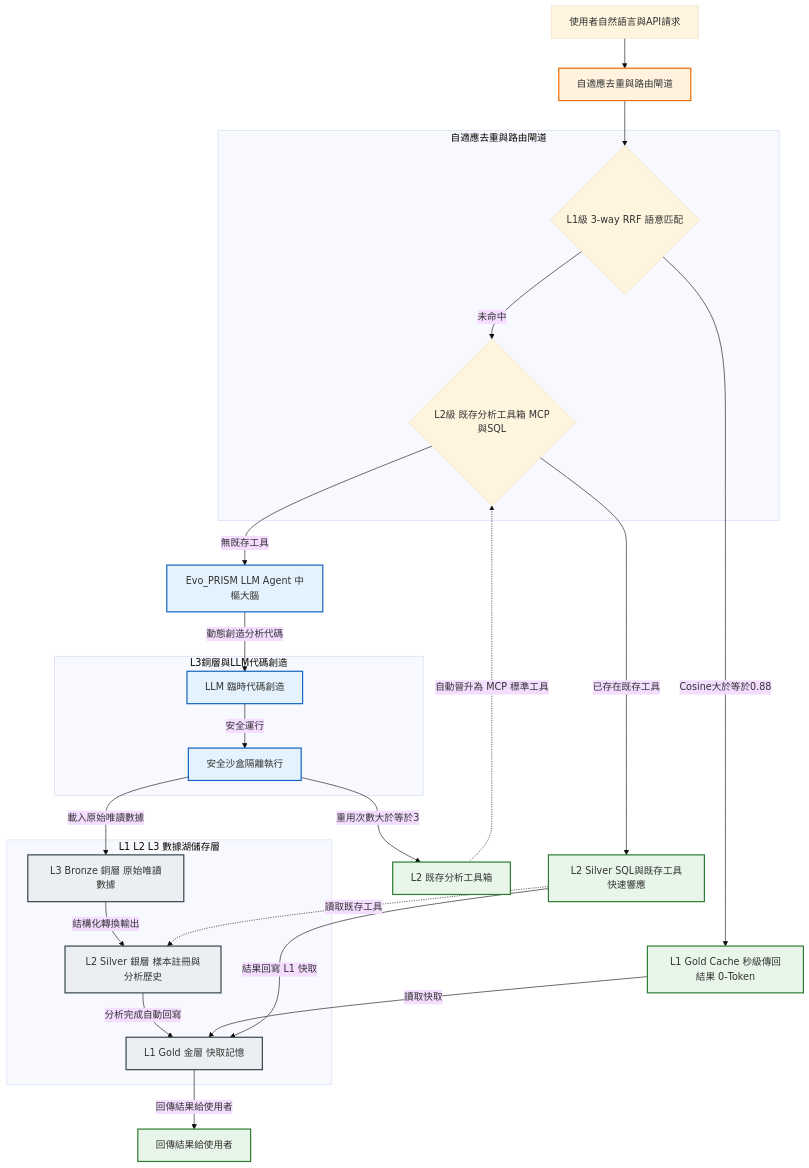
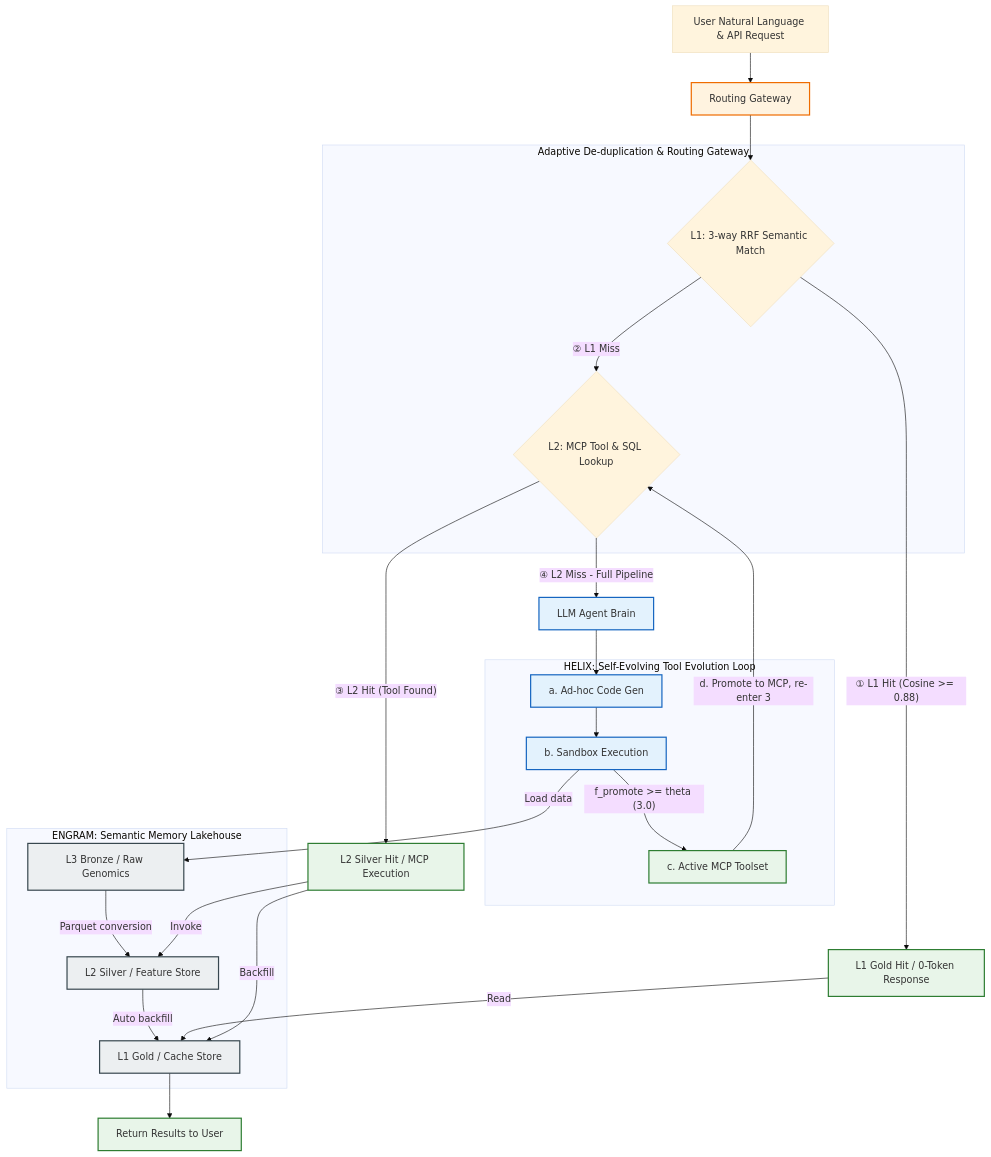
One commit to ddmanyes/Evo_PRISM changed the first of 3 diagrams in docs/paper_draft.md. Above: the diagram before and after it, drawn with Mermaid (base theme). The commit also changed other lines of this file and 8 other files, not shown here.

````diff
--- a/docs/paper_draft.md
+++ b/docs/paper_draft.md
@@ -111,48 +115,44 @@
 ```mermaid
 graph TD
     classDef gateway fill:#fff3e0,stroke:#ef6c00,stroke-width:2px;
     classDef lake fill:#eceff1,stroke:#37474f,stroke-width:2px;
     classDef agent fill:#e3f2fd,stroke:#1565c0,stroke-width:2px;
     classDef hit fill:#e8f5e9,stroke:#2e7d32,stroke-width:2px;
 
-    Q[使用者自然語言與API請求] --> GW[自適應去重與路由閘道]:::gateway
+    Q["User Natural Language & API Request"] --> GW["Routing Gateway"]:::gateway
 
-    subgraph Gateway[自適應去重與路由閘道]
-        r1{L1級 3-way RRF 語意匹配}
-        r2{L2級 既存分析工具箱 MCP與SQL}
+    subgraph Gateway["Adaptive De-duplication & Routing Gateway"]
+        r1{"L1: 3-way RRF Semantic Match"}
+        r2{"L2: MCP Tool & SQL Lookup"}
     end
 
     GW --> r1
+    r1 -->|"① L1 Hit (Cosine >= 0.88)"| L1_Hit["L1 Gold Hit / 0-Token Response"]:::hit
+    r1 -->|"② L1 Miss"| r2
+    r2 -->|"③ L2 Hit (Tool Found)"| L2_Hit["L2 Silver Hit / MCP Execution"]:::hit
+    r2 -->|"④ L2 Miss - Full Pipeline"| Agent["LLM Agent Brain"]:::agent
 
-    r1 -->|Cosine大於等於0.88| L1_Hit[L1 Gold Cache 秒級傳回結果 0-Token]:::hit
-    r1 -->|未命中| r2
-    r2 -->|已存在既存工具| L2_Hit[L2 Silver SQL與既存工具快速響應]:::hit
-    r2 -->|無既存工具| Agent[Evo_PRISM LLM Agent 中樞大腦]:::agent
-
-    subgraph L3Exec[L3銅層與LLM代碼創造]
-        adhoc[LLM 臨時代碼創造]:::agent
-        sandbox[安全沙盒隔離執行]:::agent
+    subgraph HELIX["HELIX: Self-Evolving Tool Evolution Loop"]
+        adhoc["a. Ad-hoc Code Gen"]:::agent
+        sandbox["b. Sandbox Execution"]:::agent
+        tools["c. Active MCP Toolset"]:::hit
     end
 
-    Agent -->|動態創造分析代碼| adhoc
-    adhoc -->|安全運行| sandbox
+    Agent --> adhoc --> sandbox
+    sandbox -->|"f_promote >= theta (3.0)"| tools
+    tools -->|"d. Promote to MCP, re-enter 3"| r2
 
-    subgraph Lakehouse[L1 L2 L3 數據湖儲存層]
-        L1[L1 Gold 金層 快取記憶]:::lake
-        L2[L2 Silver 銀層 樣本註冊與分析歷史]:::lake
-        L3[L3 Bronze 銅層 原始唯讀數據]:::lake
+    subgraph ENGRAM["ENGRAM: Semantic Memory Lakehouse"]
+        L3["L3 Bronze / Raw Genomics"]:::lake
+        L2e["L2 Silver / Feature Store"]:::lake
+        L1e["L1 Gold / Cache Store"]:::lake
+        L3 -->|"Parquet conversion"| L2e
+        L2e -->|"Auto backfill"| L1e
     end
 
-    sandbox -->|載入原始唯讀數據| L3
-    L3 -->|結構化轉換輸出| L2
-    L2 -->|分析完成自動回寫| L1
-
-    sandbox -->|重用次數大於等於3| tools[L2 既存分析工具箱]:::hit
-    tools -.->|自動晉升為 MCP 標準工具| r2
-
-    L1_Hit -->|讀取快取| L1
-    L2_Hit -.->|讀取既存工具| L2
-    L2_Hit -->|結果回寫 L1 快取| L1
-
-    L1 -->|回傳結果給使用者| Resp[回傳結果給使用者]:::hit
+    sandbox -->|"Load data"| L3
+    L1_Hit -->|"Read"| L1e
+    L2_Hit -->|"Invoke"| L2e
+    L2_Hit -->|"Backfill"| L1e
+    L1e --> Resp["Return Results to User"]:::hit
 ```
````
